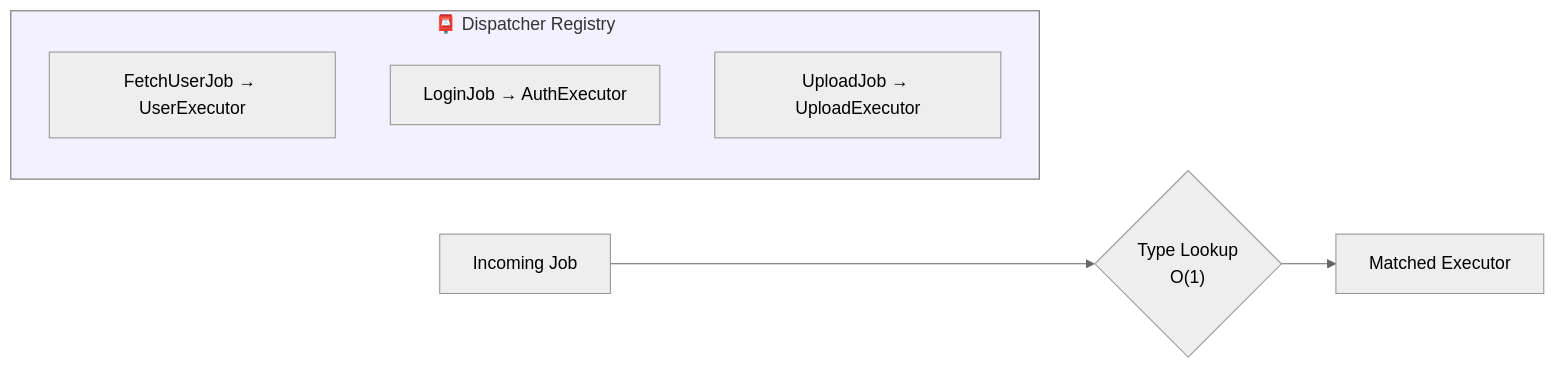
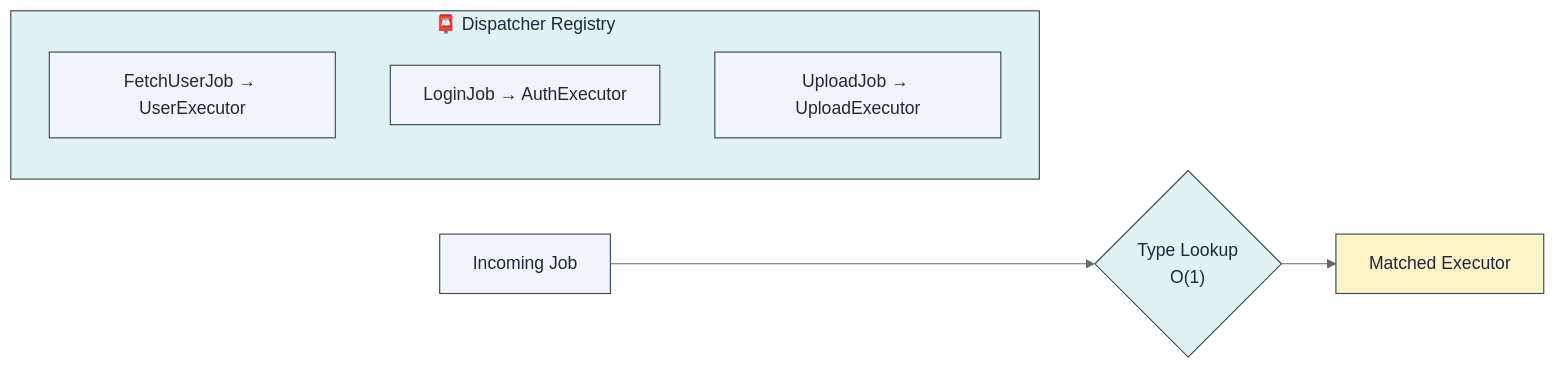
Before and after one commit to lploc94/flutter_orchestrator: the third of 13 diagrams in book/chapters/03_core_implementation.md, drawn with Mermaid (neutral theme). The commit also changed other lines of this file and 3 other files, not shown here.

````diff
--- a/book/chapters/03_core_implementation.md
+++ b/book/chapters/03_core_implementation.md
@@ -94,13 +94,19 @@
 ```mermaid
 graph LR
     subgraph Registry["📮 Dispatcher Registry"]
         R1["FetchUserJob → UserExecutor"]
         R2["LoginJob → AuthExecutor"]
         R3["UploadJob → UploadExecutor"]
     end
     
     Job["Incoming Job"] --> Lookup{"Type Lookup<br/>O(1)"}
     Lookup --> Executor["Matched Executor"]
     
-    style Registry fill:#f3f0ff
+    style Registry fill:#e0f2f1,stroke:#334155,color:#1e293b
+    style R1 fill:#f1f5f9,stroke:#334155,color:#1e293b
+    style R2 fill:#f1f5f9,stroke:#334155,color:#1e293b
+    style R3 fill:#f1f5f9,stroke:#334155,color:#1e293b
+    style Job fill:#f1f5f9,stroke:#334155,color:#1e293b
+    style Lookup fill:#e0f2f1,stroke:#334155,color:#1e293b
+    style Executor fill:#fef3c7,stroke:#334155,color:#1e293b
 ```
````
